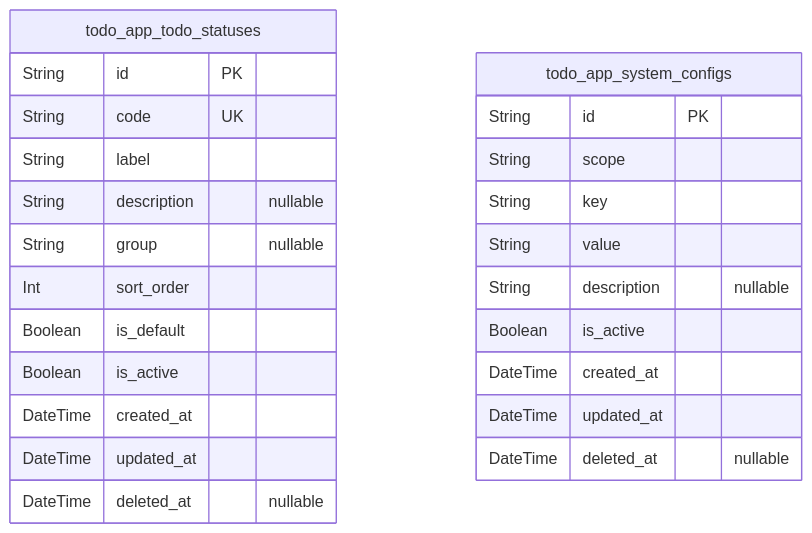
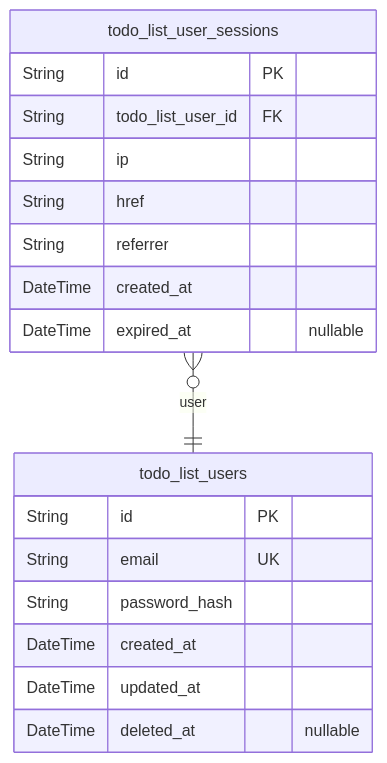
Before and after one commit to wrtnlabs/autobe-examples: the first of 2 diagrams in openai/gpt-5.1/todo/docs/ERD.md, drawn with Mermaid. The commit also changed other lines of this file and 3372 other files, not shown here.

````diff
--- a/openai/gpt-5.1/todo/docs/ERD.md
+++ b/openai/gpt-5.1/todo/docs/ERD.md
@@ -11,27 +10,21 @@
 ```mermaid
 erDiagram
-"todo_app_todo_statuses" {
+"todo_list_users" {
   String id PK
-  String code UK
-  String label
-  String description "nullable"
-  String group "nullable"
-  Int sort_order
-  Boolean is_default
-  Boolean is_active
+  String email UK
+  String password_hash
   DateTime created_at
   DateTime updated_at
   DateTime deleted_at "nullable"
 }
-"todo_app_system_configs" {
+"todo_list_user_sessions" {
   String id PK
-  String scope
-  String key
-  String value
-  String description "nullable"
-  Boolean is_active
+  String todo_list_user_id FK
+  String ip
+  String href
+  String referrer
   DateTime created_at
-  DateTime updated_at
-  DateTime deleted_at "nullable"
+  DateTime expired_at "nullable"
 }
+"todo_list_user_sessions" }o--|| "todo_list_users" : user
 ```
````
